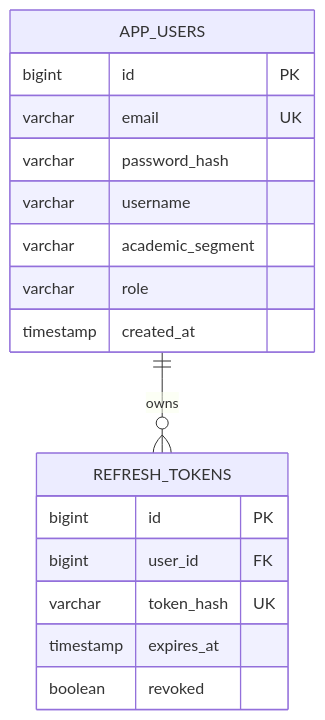
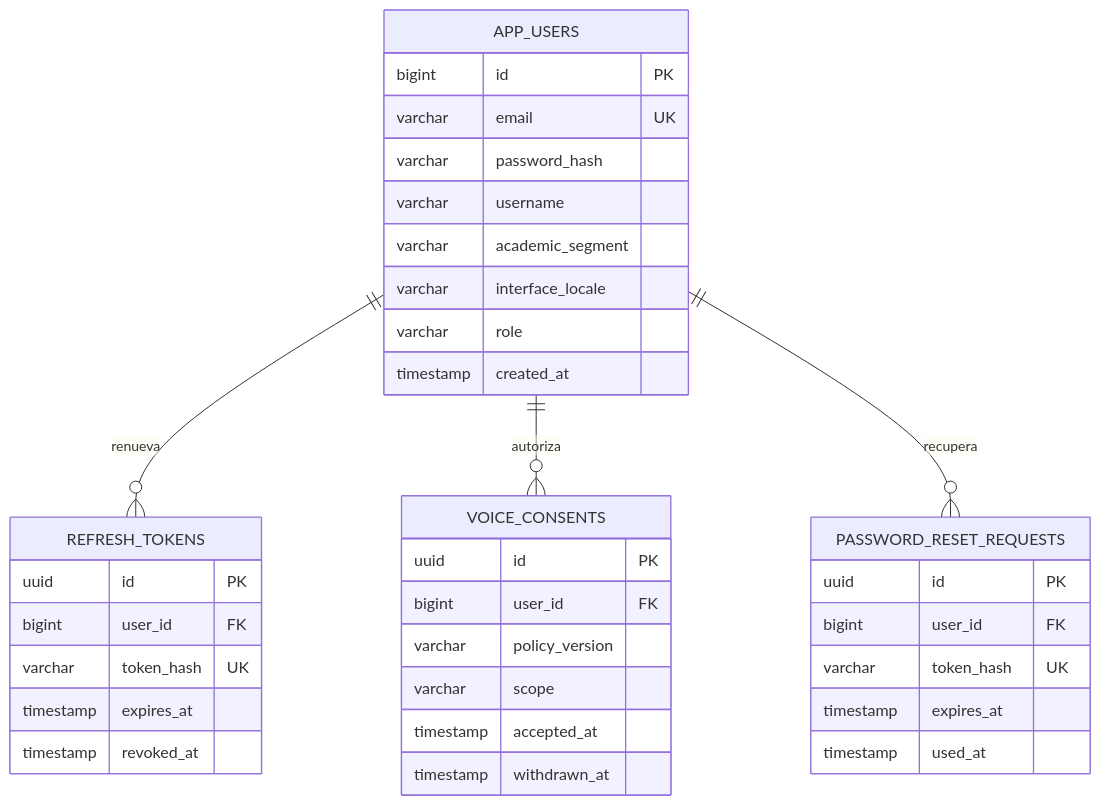
One commit to upc-pre-202620-si728-16365-thropic/talki-project-report changed the diagram in assets/diagrams/tactical/08-identity-access-database.mmd. Above: the diagram before and after it, drawn with Mermaid. The commit also changed 6 other files, not shown here.

```diff
--- a/assets/diagrams/tactical/08-identity-access-database.mmd
+++ b/assets/diagrams/tactical/08-identity-access-database.mmd
@@ -1,18 +1,36 @@
 erDiagram
-    APP_USERS ||--o{ REFRESH_TOKENS : owns
+    APP_USERS ||--o{ REFRESH_TOKENS : renueva
+    APP_USERS ||--o{ VOICE_CONSENTS : autoriza
+    APP_USERS ||--o{ PASSWORD_RESET_REQUESTS : recupera
     APP_USERS {
         bigint id PK
         varchar email UK
         varchar password_hash
         varchar username
         varchar academic_segment
+        varchar interface_locale
         varchar role
         timestamp created_at
     }
     REFRESH_TOKENS {
-        bigint id PK
+        uuid id PK
         bigint user_id FK
         varchar token_hash UK
         timestamp expires_at
-        boolean revoked
+        timestamp revoked_at
     }
+    VOICE_CONSENTS {
+        uuid id PK
+        bigint user_id FK
+        varchar policy_version
+        varchar scope
+        timestamp accepted_at
+        timestamp withdrawn_at
+    }
+    PASSWORD_RESET_REQUESTS {
+        uuid id PK
+        bigint user_id FK
+        varchar token_hash UK
+        timestamp expires_at
+        timestamp used_at
+    }
```
